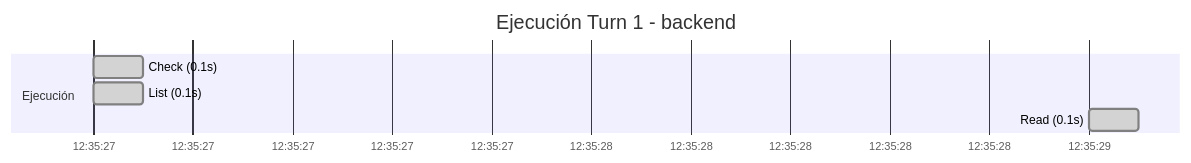
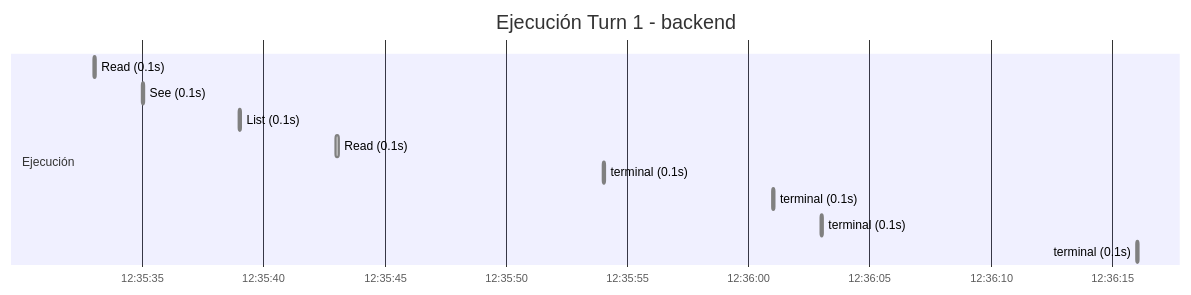
One commit to luisdalmasso/orquestador-contamela changed the diagram in .ponytail/traces/2026-07-09_auto_recovered_4c7cf794e6d0/backend_4c7cf794e6d0.md. Above: the diagram before and after it, drawn with Mermaid. The commit also changed other lines of this file, not shown here.

````diff
--- a/.ponytail/traces/2026-07-09_auto_recovered_4c7cf794e6d0/backend_4c7cf794e6d0.md
+++ b/.ponytail/traces/2026-07-09_auto_recovered_4c7cf794e6d0/backend_4c7cf794e6d0.md
@@ -152,11 +132,16 @@
 ```mermaid
 gantt
     title Ejecución Turn 1 - backend
     dateFormat  HH:mm:ss
     axisFormat  %H:%M:%S
 
     section Ejecución
-    Check (0.1s)  :done, 12:35:27, 0.1s
-    List (0.1s)  :done, 12:35:27, 0.1s
-    Read (0.1s)  :done, 12:35:29, 0.1s
+    Read (0.1s)  :done, 12:35:33, 0.1s
+    See (0.1s)  :done, 12:35:35, 0.1s
+    List (0.1s)  :done, 12:35:39, 0.1s
+    Read (0.1s)  :done, 12:35:43, 0.1s
+    terminal (0.1s)  :done, 12:35:54, 0.1s
+    terminal (0.1s)  :done, 12:36:01, 0.1s
+    terminal (0.1s)  :done, 12:36:03, 0.1s
+    terminal (0.1s)  :done, 12:36:16, 0.1s
 ```
````
